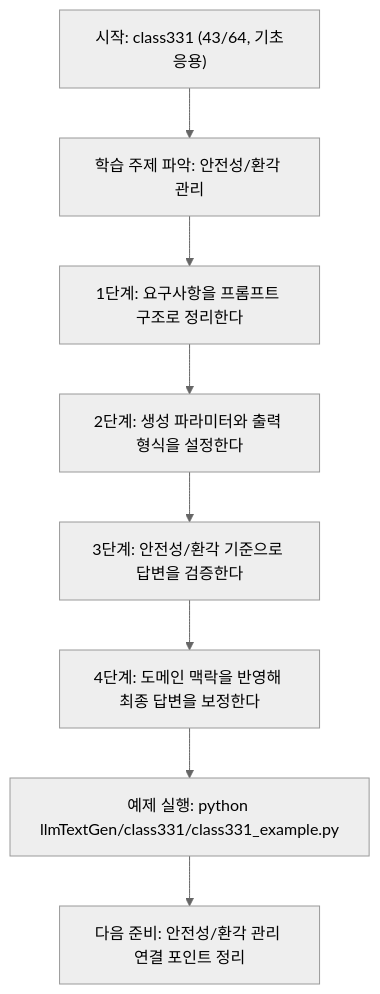
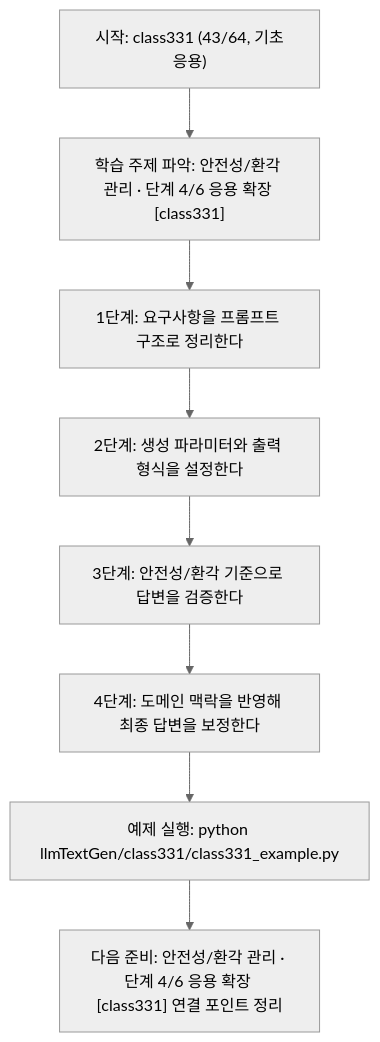
One commit to edumgt/Python-AI_Agent-Class changed the diagram in llmTextGen/class331/class331.md. Above: the diagram before and after it, drawn with Mermaid (neutral theme). The commit also changed other lines of this file and 522 other files, not shown here.

````diff
--- a/llmTextGen/class331/class331.md
+++ b/llmTextGen/class331/class331.md
@@ -113,18 +114,18 @@
 ```mermaid
 flowchart TD
 N1["시작: class331 (43/64, 기초응용)"]
-N2["학습 주제 파악: 안전성/환각 관리"]
+N2["학습 주제 파악: 안전성/환각 관리 · 단계 4/6 응용 확장 [class331]"]
 N3["1단계: 요구사항을 프롬프트 구조로 정리한다"]
 N4["2단계: 생성 파라미터와 출력 형식을 설정한다"]
 N5["3단계: 안전성/환각 기준으로 답변을 검증한다"]
 N6["4단계: 도메인 맥락을 반영해 최종 답변을 보정한다"]
 N7["예제 실행: python llmTextGen/class331/class331_example.py"]
-N8["다음 준비: 안전성/환각 관리 연결 포인트 정리"]
+N8["다음 준비: 안전성/환각 관리 · 단계 4/6 응용 확장 [class331] 연결 포인트 정리"]
 N1 --> N2
 N2 --> N3
 N3 --> N4
 N4 --> N5
 N5 --> N6
 N6 --> N7
 N7 --> N8
 ```
````
